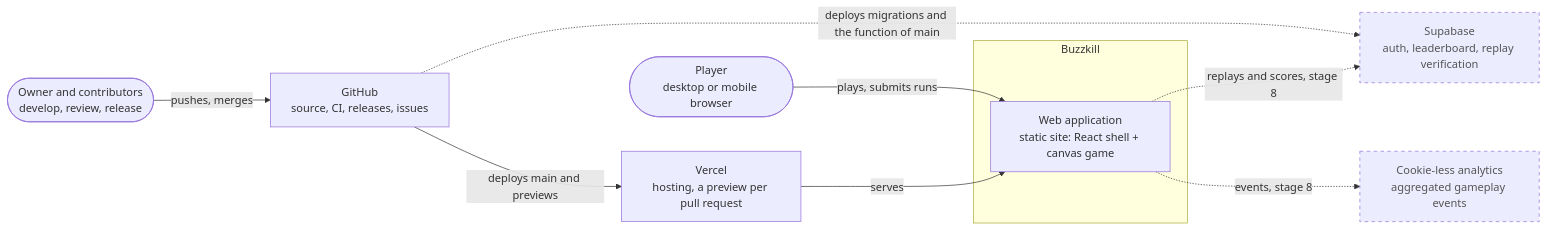
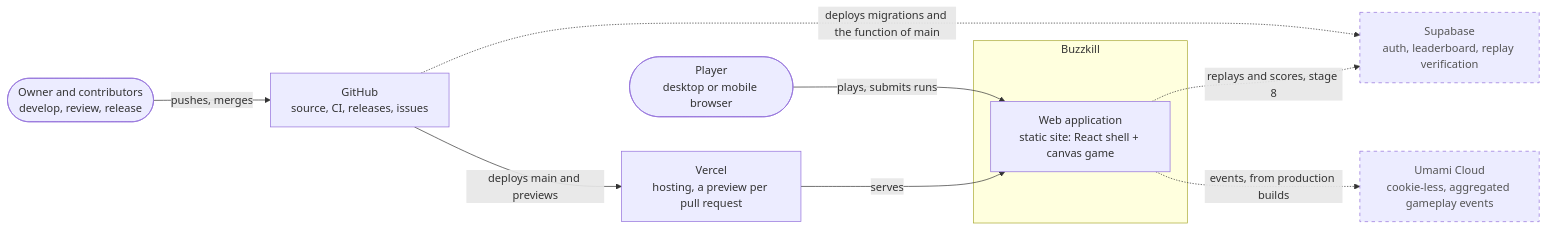
The first of 6 diagrams in docs/architecture.md (nazimajumaniyazova/buzzkill), drawn with Mermaid before and after one commit. The commit also changed other lines of this file and 8 other files, not shown here.

````diff
--- a/docs/architecture.md
+++ b/docs/architecture.md
@@ -14,24 +14,24 @@
 ```mermaid
 flowchart LR
   player([Player<br/>desktop or mobile browser])
   owner([Owner and contributors<br/>develop, review, release])
 
   subgraph buzzkill[Buzzkill]
     app["Web application<br/>static site: React shell + canvas game"]
   end
 
   vercel[Vercel<br/>hosting, a preview per pull request]
   github[GitHub<br/>source, CI, releases, issues]
   supabase[Supabase<br/>auth, leaderboard, replay verification]:::planned
-  analytics[Cookie-less analytics<br/>aggregated gameplay events]:::planned
+  analytics[Umami Cloud<br/>cookie-less, aggregated gameplay events]:::planned
 
   player -- "plays, submits runs" --> app
   owner -- "pushes, merges" --> github
   github -- "deploys main and previews" --> vercel
   github -. "deploys migrations and the function of main" .-> supabase
   vercel -- "serves" --> app
   app -. "replays and scores, stage 8" .-> supabase
-  app -. "events, stage 8" .-> analytics
+  app -. "events, from production builds" .-> analytics
 
   classDef planned stroke-dasharray: 5 5,color:#555
 ```
````
